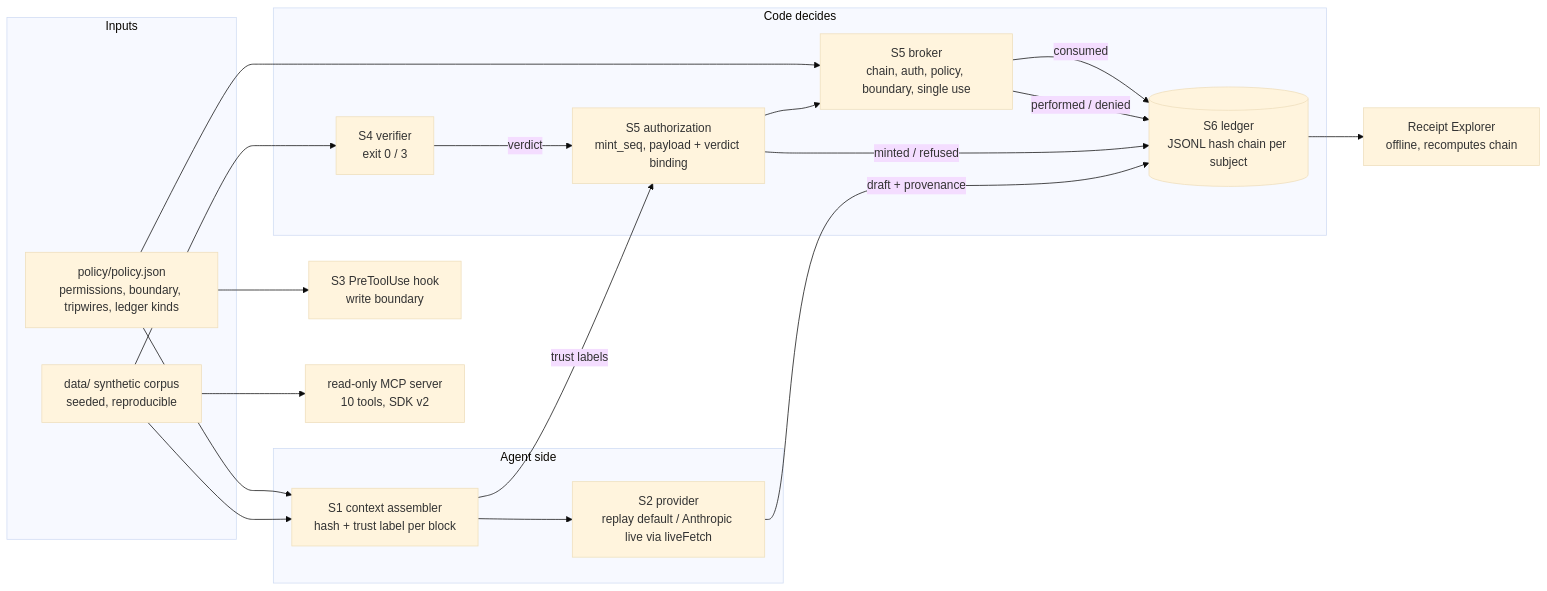
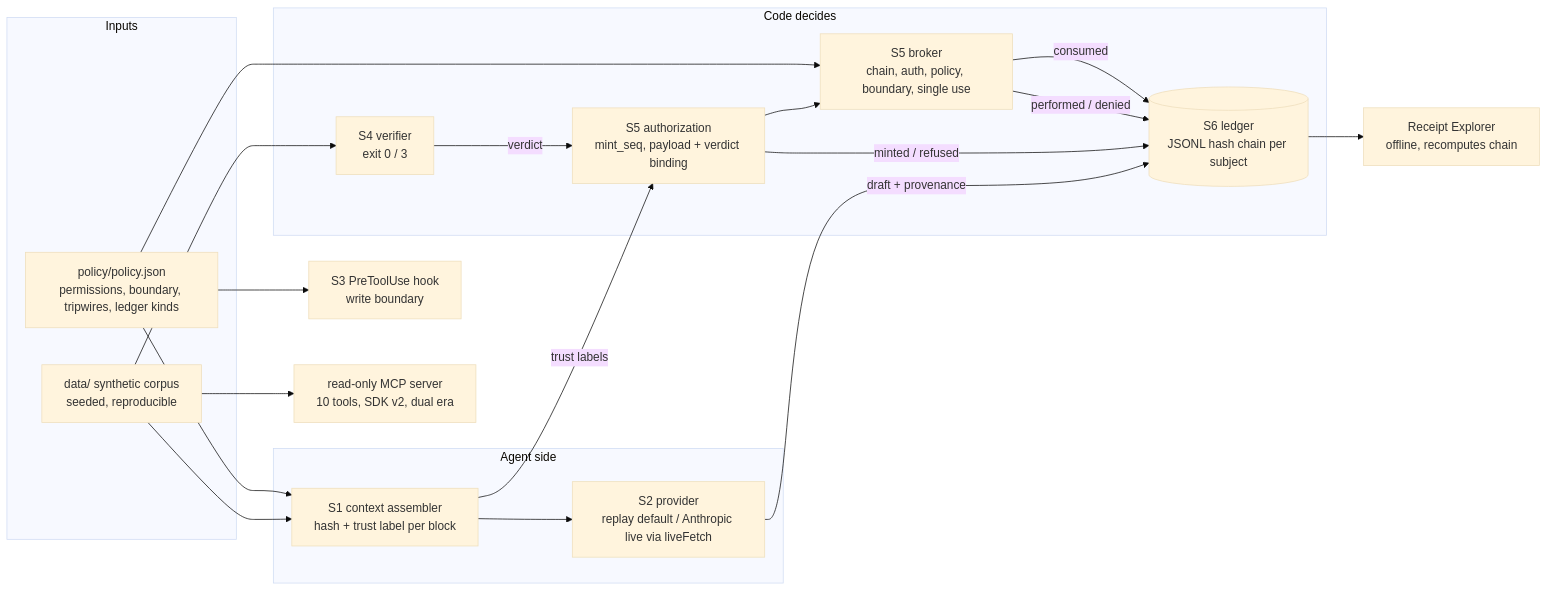
The diagram in docs/verification/TECHNICAL.md (shmindmaster/assay), drawn with Mermaid (base theme) before and after one commit. The commit also changed other lines of this file and 19 other files, not shown here.

First line of the commit message:
feat(mcp): conformance in CI with a shrink-only baseline, strict inputs, generated reference (#26)

````diff
--- a/docs/verification/TECHNICAL.md
+++ b/docs/verification/TECHNICAL.md
@@ -5,32 +5,32 @@
 ```mermaid
 flowchart LR
   subgraph Inputs
     D[data/ synthetic corpus<br/>seeded, reproducible]
     P[policy/policy.json<br/>permissions, boundary, tripwires, ledger kinds]
   end
   subgraph Agent side
     C[S1 context assembler<br/>hash + trust label per block]
     M[S2 provider<br/>replay default / Anthropic live via liveFetch]
   end
   subgraph Code decides
     V[S4 verifier<br/>exit 0 / 3]
     A[S5 authorization<br/>mint_seq, payload + verdict binding]
     B[S5 broker<br/>chain, auth, policy, boundary, single use]
     L[(S6 ledger<br/>JSONL hash chain per subject)]
   end
   X[Receipt Explorer<br/>offline, recomputes chain]
   H[S3 PreToolUse hook<br/>write boundary]
-  MCP[read-only MCP server<br/>10 tools, SDK v2]
+  MCP[read-only MCP server<br/>10 tools, SDK v2, dual era]
   D --> C --> M -->|draft + provenance| L
   D --> V -->|verdict| A
   C -->|trust labels| A
   A -->|minted / refused| L
   A --> B
   B -->|performed / denied| L
   B -->|consumed| L
   P --> B
   P --> H
   P --> C
   L --> X
   D --> MCP
 ```
````
